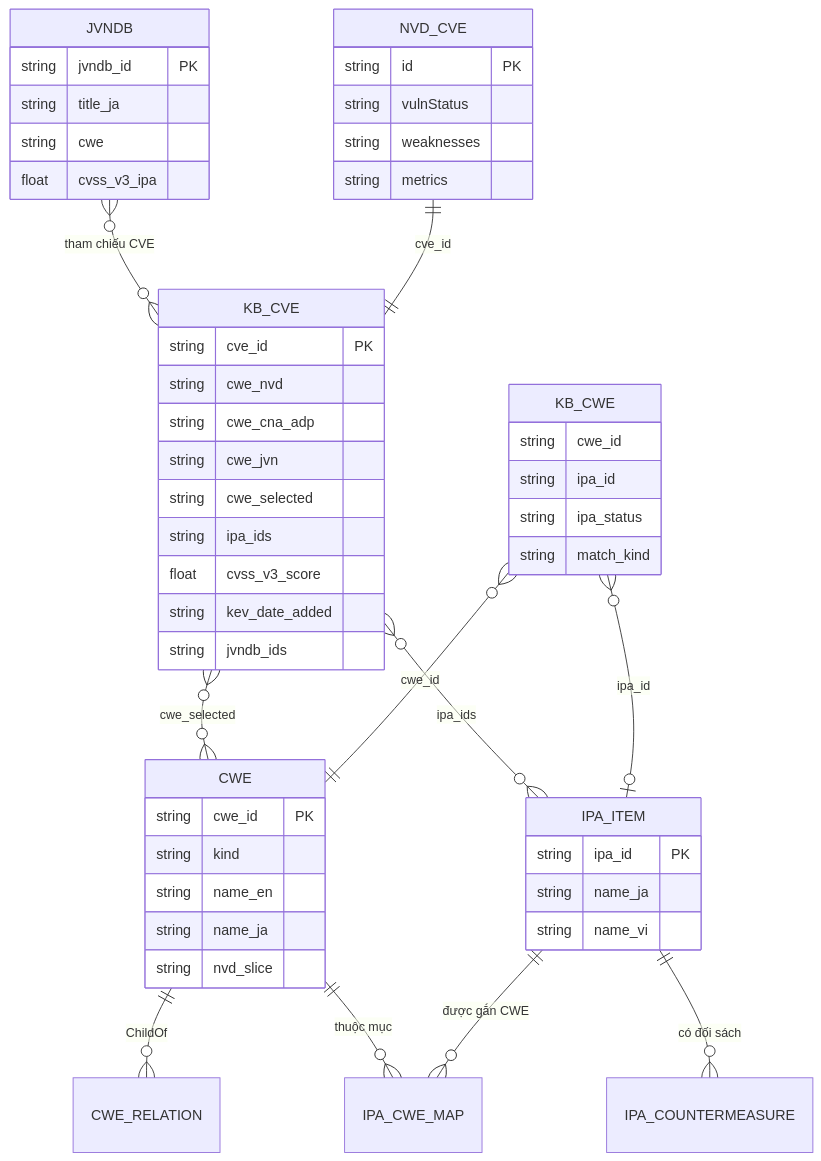
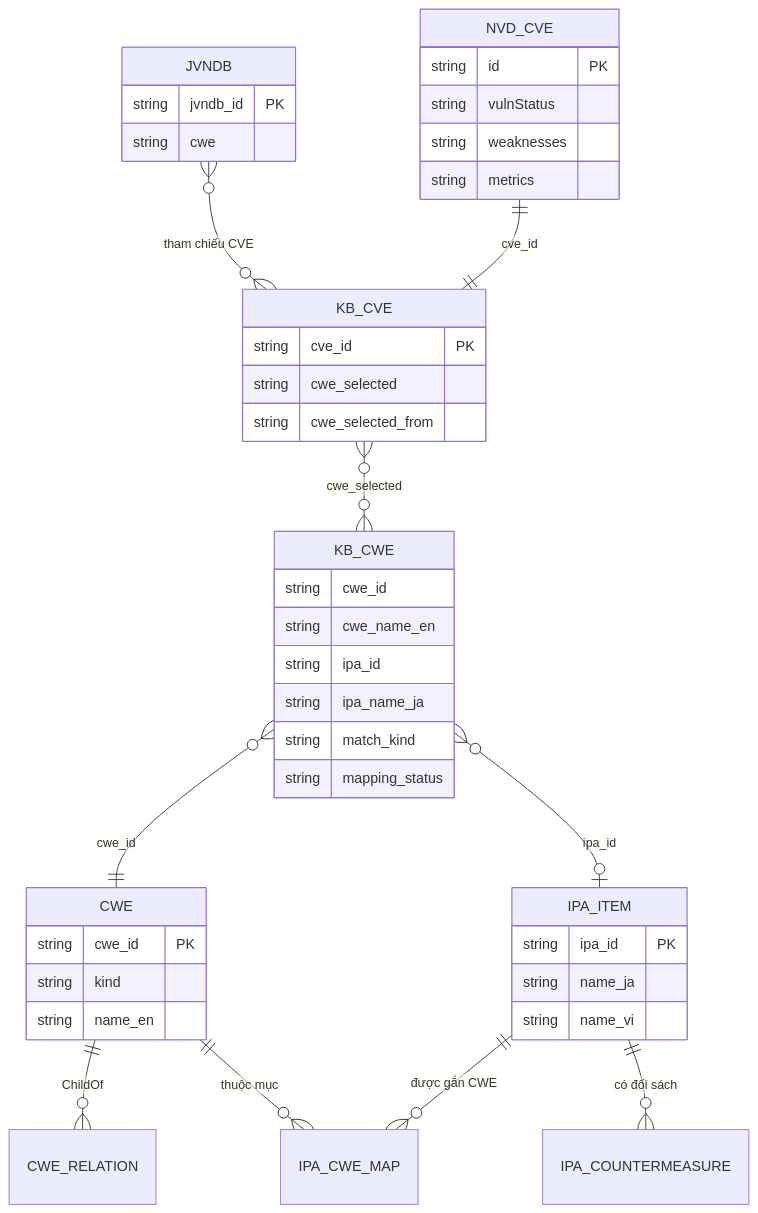
Before and after one commit to superken-python/ai-architecture: the fourth of 6 diagrams in projects/security_scan/docs/04-thuat-ngu-so-sanh-va-cach-map.md, drawn with Mermaid. The commit also changed other lines of this file and 11 other files, not shown here.

````diff
--- a/projects/security_scan/docs/04-thuat-ngu-so-sanh-va-cach-map.md
+++ b/projects/security_scan/docs/04-thuat-ngu-so-sanh-va-cach-map.md
@@ -463,54 +463,45 @@
 ```mermaid
 erDiagram
     IPA_ITEM ||--o{ IPA_COUNTERMEASURE : "có đối sách"
     IPA_ITEM ||--o{ IPA_CWE_MAP : "được gắn CWE"
     CWE ||--o{ IPA_CWE_MAP : "thuộc mục"
     CWE ||--o{ CWE_RELATION : "ChildOf"
     KB_CWE }o--|| CWE : "cwe_id"
     KB_CWE }o--o| IPA_ITEM : "ipa_id"
     NVD_CVE ||--|| KB_CVE : "cve_id"
     JVNDB }o--o{ KB_CVE : "tham chiếu CVE"
-    KB_CVE }o--o{ CWE : "cwe_selected"
-    KB_CVE }o--o{ IPA_ITEM : "ipa_ids"
+    KB_CVE }o--o{ KB_CWE : "cwe_selected"
     IPA_ITEM {
         string ipa_id PK
         string name_ja
         string name_vi
     }
     CWE {
         string cwe_id PK
         string kind
         string name_en
-        string name_ja
-        string nvd_slice
     }
     KB_CWE {
         string cwe_id
+        string cwe_name_en
         string ipa_id
-        string ipa_status
+        string ipa_name_ja
         string match_kind
+        string mapping_status
     }
     KB_CVE {
         string cve_id PK
-        string cwe_nvd
-        string cwe_cna_adp
-        string cwe_jvn
         string cwe_selected
-        string ipa_ids
-        float cvss_v3_score
-        string kev_date_added
-        string jvndb_ids
+        string cwe_selected_from
     }
     JVNDB {
         string jvndb_id PK
-        string title_ja
         string cwe
-        float cvss_v3_ipa
     }
     NVD_CVE {
         string id PK
         string vulnStatus
         string weaknesses
         string metrics
     }
 ```
````
